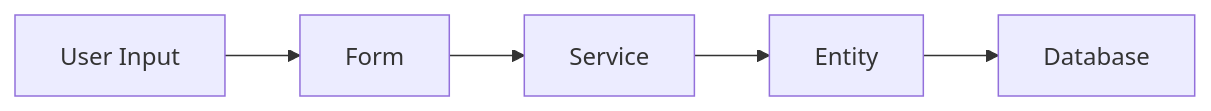
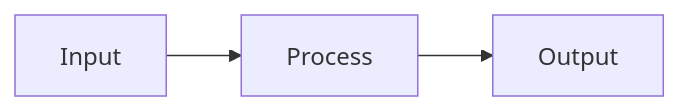
Before and after one commit to camoa/claude-skills: the first of 8 diagrams in drupal-dev-framework/skills/diagram-generator/SKILL.md, drawn with Mermaid. The commit also changed other lines of this file and 23 other files, not shown here.

````diff
--- a/drupal-dev-framework/skills/diagram-generator/SKILL.md
+++ b/drupal-dev-framework/skills/diagram-generator/SKILL.md
@@ -23,7 +56,5 @@
 ```mermaid
 flowchart LR
-    A[User Input] --> B[Form]
-    B --> C[Service]
-    C --> D[Entity]
-    D --> E[Database]
+    A[Input] --> B[Process]
+    B --> C[Output]
 ```
````
